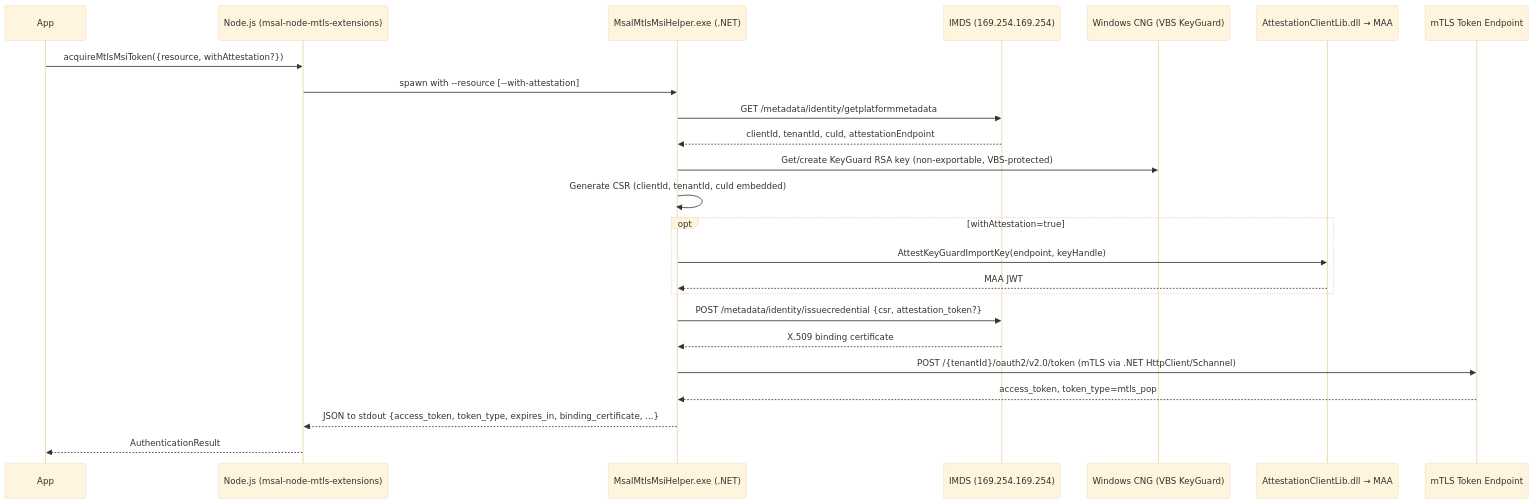
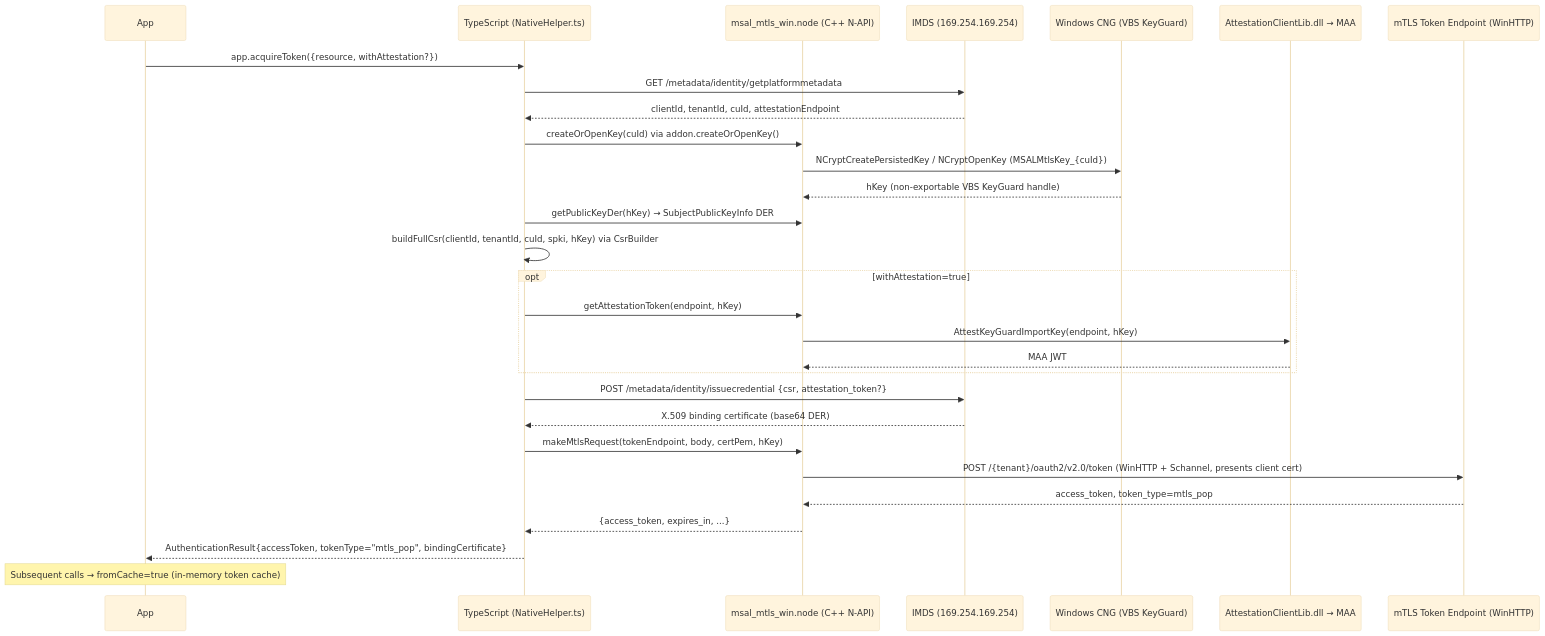
Before and after one commit to AzureAD/microsoft-authentication-library-for-js: the diagram in extensions/msal-node-mtls-extensions/README.md, drawn with Mermaid (base theme). The commit also changed other lines of this file and 30 other files, not shown here.

First line of the commit message:
feat(msal-node-mtls-extensions): replace subprocess with C++ N-API addon (Phase 2 + 3)

````diff
--- a/extensions/msal-node-mtls-extensions/README.md
+++ b/extensions/msal-node-mtls-extensions/README.md
@@ -174,27 +160,32 @@
 ```mermaid
 sequenceDiagram
     participant App
-    participant Node as Node.js (msal-node-mtls-extensions)
-    participant EXE as MsalMtlsMsiHelper.exe (.NET)
+    participant TS as TypeScript (NativeHelper.ts)
+    participant Addon as msal_mtls_win.node (C++ N-API)
     participant IMDS as IMDS (169.254.169.254)
     participant CNG as Windows CNG (VBS KeyGuard)
     participant Attest as AttestationClientLib.dll → MAA
-    participant Token as mTLS Token Endpoint
+    participant Token as mTLS Token Endpoint (WinHTTP)
 
-    App->>Node: acquireMtlsMsiToken({resource, withAttestation?})
-    Node->>EXE: spawn with --resource [--with-attestation]
-    EXE->>IMDS: GET /metadata/identity/getplatformmetadata
-    IMDS-->>EXE: clientId, tenantId, cuId, attestationEndpoint
-    EXE->>CNG: Get/create KeyGuard RSA key (non-exportable, VBS-protected)
-    EXE->>EXE: Generate CSR (clientId, tenantId, cuId embedded)
+    App->>TS: app.acquireToken({resource, withAttestation?})
+    TS->>IMDS: GET /metadata/identity/getplatformmetadata
+    IMDS-->>TS: clientId, tenantId, cuId, attestationEndpoint
+    TS->>Addon: createOrOpenKey(cuId) via addon.createOrOpenKey()
+    Addon->>CNG: NCryptCreatePersistedKey / NCryptOpenKey (MSALMtlsKey_{cuId})
+    CNG-->>Addon: hKey (non-exportable VBS KeyGuard handle)
+    TS->>Addon: getPublicKeyDer(hKey) → SubjectPublicKeyInfo DER
+    TS->>TS: buildFullCsr(clientId, tenantId, cuId, spki, hKey) via CsrBuilder
     opt withAttestation=true
-        EXE->>Attest: AttestKeyGuardImportKey(endpoint, keyHandle)
-        Attest-->>EXE: MAA JWT
+        TS->>Addon: getAttestationToken(endpoint, hKey)
+        Addon->>Attest: AttestKeyGuardImportKey(endpoint, hKey)
+        Attest-->>Addon: MAA JWT
     end
-    EXE->>IMDS: POST /metadata/identity/issuecredential {csr, attestation_token?}
-    IMDS-->>EXE: X.509 binding certificate
-    EXE->>Token: POST /{tenantId}/oauth2/v2.0/token (mTLS via .NET HttpClient/Schannel)
-    Token-->>EXE: access_token, token_type=mtls_pop
-    EXE-->>Node: JSON to stdout {access_token, token_type, expires_in, binding_certificate, ...}
-    Node-->>App: AuthenticationResult
+    TS->>IMDS: POST /metadata/identity/issuecredential {csr, attestation_token?}
+    IMDS-->>TS: X.509 binding certificate (base64 DER)
+    TS->>Addon: makeMtlsRequest(tokenEndpoint, body, certPem, hKey)
+    Addon->>Token: POST /{tenant}/oauth2/v2.0/token (WinHTTP + Schannel, presents client cert)
+    Token-->>Addon: access_token, token_type=mtls_pop
+    Addon-->>TS: {access_token, expires_in, ...}
+    TS-->>App: AuthenticationResult{accessToken, tokenType="mtls_pop", bindingCertificate}
+    Note over App: Subsequent calls → fromCache=true (in-memory token cache)
 ```
````
